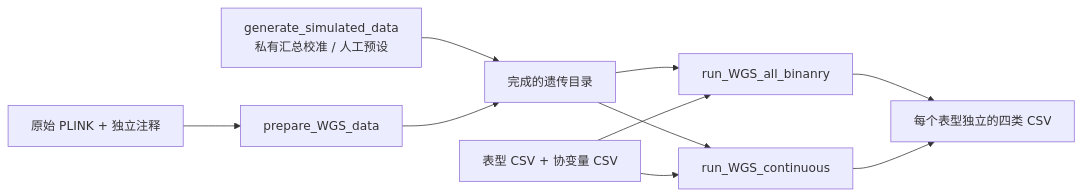
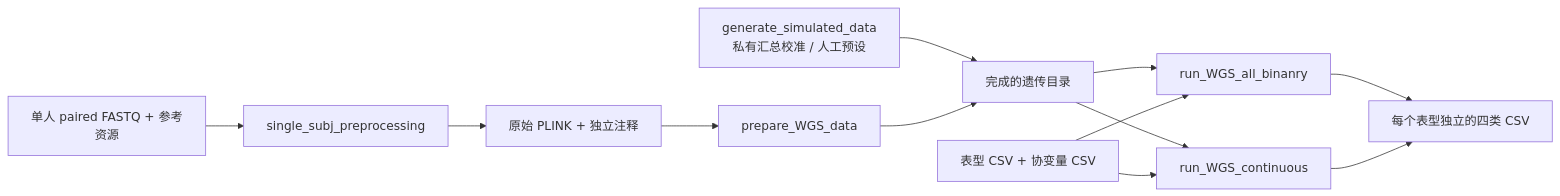
Before and after one commit to weikanggong1/Fudan-WGS-Toolkit: the diagram in README.md, drawn with Mermaid. The commit also changed other lines of this file and 36 other files, not shown here.

First line of the commit message:
Add single_subj_preprocessing with Conda builds and real-data checks

````diff
--- a/README.md
+++ b/README.md
@@ -16,12 +17,14 @@
 ```mermaid
 flowchart LR
+    FASTQ["单人 paired FASTQ + 参考资源"] --> SINGLE["single_subj_preprocessing"]
+    SINGLE --> RAW
     RAW["原始 PLINK + 独立注释"] --> PREP["prepare_WGS_data"]
     SIM["generate_simulated_data<br/>私有汇总校准 / 人工预设"] --> CACHE
     PREP --> CACHE["完成的遗传目录"]
     CACHE --> BINARY["run_WGS_all_binanry"]
     CACHE --> CONTINUOUS["run_WGS_continuous"]
     PH["表型 CSV + 协变量 CSV"] --> BINARY
     PH --> CONTINUOUS
     BINARY --> CSV["每个表型独立的四类 CSV"]
     CONTINUOUS --> CSV
 ```
````
